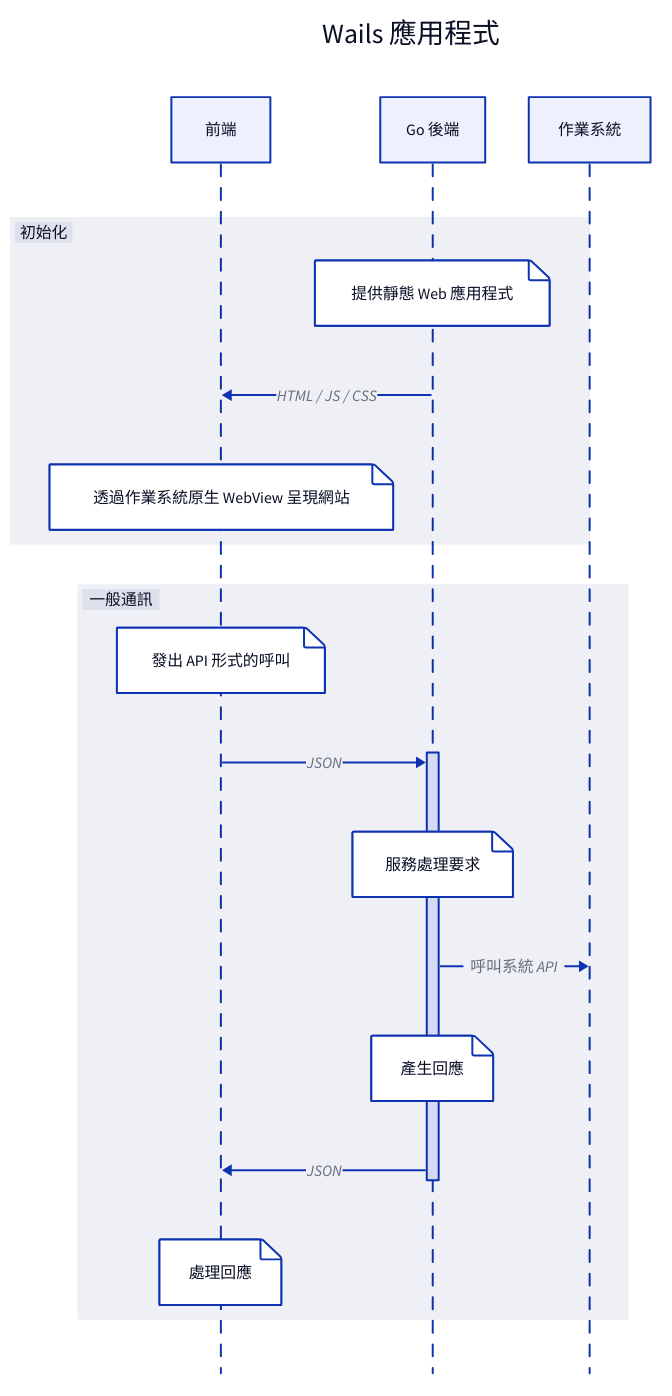
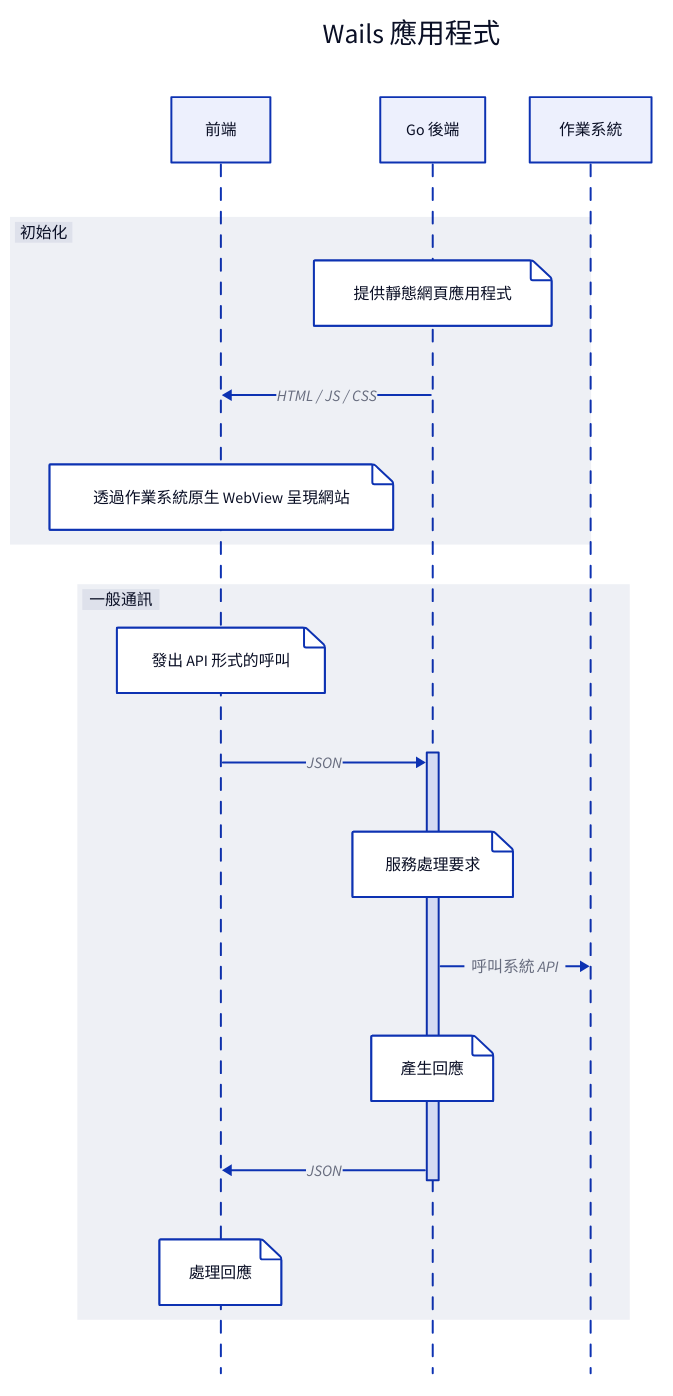
One commit to wailsapp/wails changed the first of 8 diagrams in docs/mpress/content/zh-tw/concepts/architecture.md. Above: the diagram before and after it, drawn with D2. The commit also changed other lines of this file and 1096 other files, not shown here.

````diff
--- a/docs/mpress/content/zh-tw/concepts/architecture.md
+++ b/docs/mpress/content/zh-tw/concepts/architecture.md
@@ -10,30 +10,30 @@
 ```d2
 direction: left
 
 Wails App: {
   shape: sequence_diagram
   label: Wails 應用程式
 
   frontend: 前端
   backend: Go 後端
   os: 作業系統
 
   Initialisation: 初始化 {
     shape: sequence_diagram
-    backend."Serves Static Web App": 提供靜態 Web 應用程式
+    backend."Serves Static Web App": 提供靜態網頁應用程式
     backend -> frontend: HTML / JS / CSS
     frontend."Render Site via OS-native WebView": 透過作業系統原生 WebView 呈現網站
   }
   Regular Communication: 一般通訊 {
     shape: sequence_diagram
     frontend."Make API-style call": 發出 API 形式的呼叫
     frontend -> backend.a: JSON
     backend.a."Service processes request": 服務處理要求
     backend.a -> os: 呼叫系統 API
     backend.a."Generate Response": 產生回應
     backend.a -> frontend: JSON
     frontend."Process response": 處理回應
   }
   backend.a.label: a
 }
 ```
````
